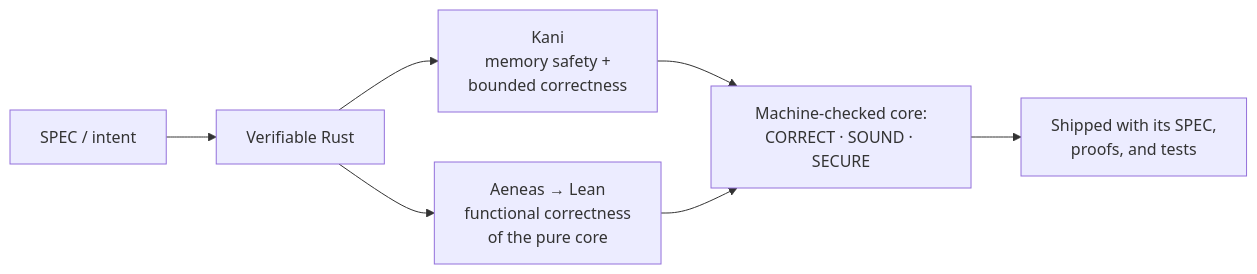
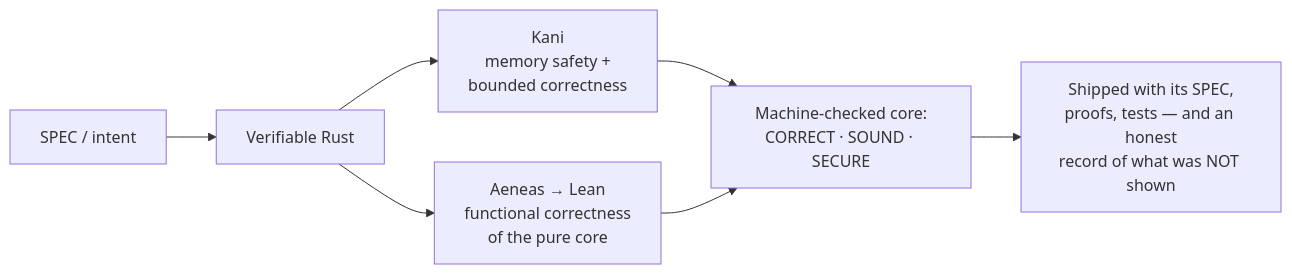
The first of 3 diagrams in pretty_readme.md (ivmat/ivmat), drawn with Mermaid before and after one commit. The commit also changed other lines of this file and 1 other file, not shown here.

````diff
--- a/pretty_readme.md
+++ b/pretty_readme.md
@@ -34,9 +33,9 @@
 ```mermaid
 flowchart LR
     A["SPEC / intent"] --> B["Verifiable Rust"]
     B --> C1["Kani<br/>memory safety +<br/>bounded correctness"]
     B --> C2["Aeneas → Lean<br/>functional correctness<br/>of the pure core"]
     C1 --> D["Machine-checked core:<br/>CORRECT · SOUND · SECURE"]
     C2 --> D
-    D --> E["Shipped with its SPEC,<br/>proofs, and tests"]
+    D --> E["Shipped with its SPEC,<br/>proofs, tests — and an honest<br/>record of what was NOT shown"]
 ```
````
